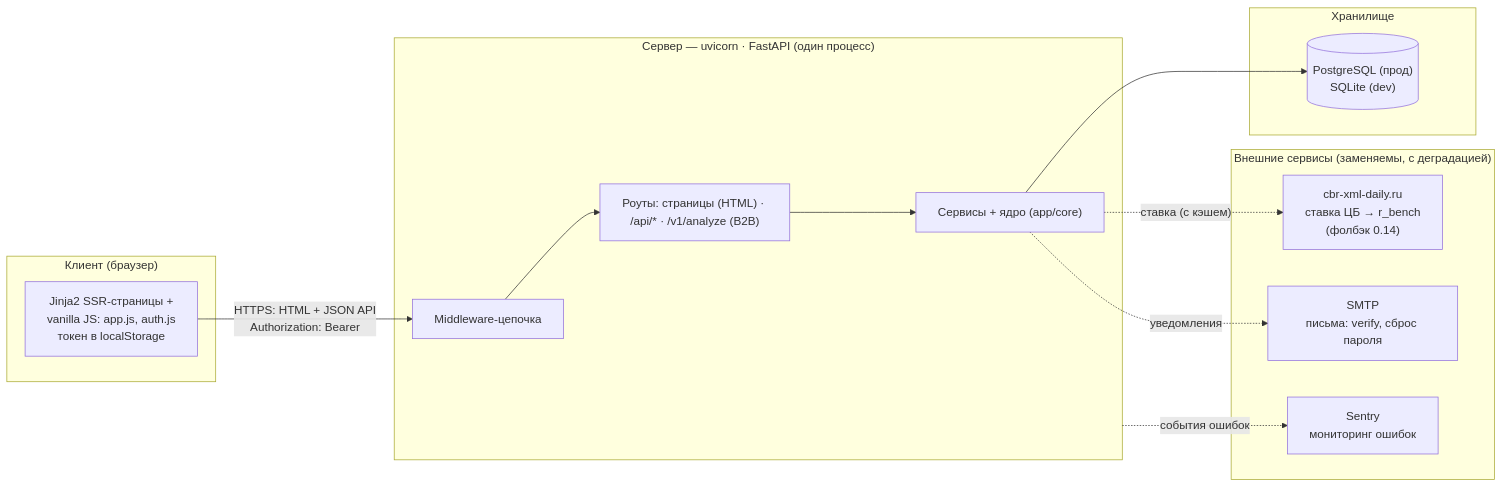
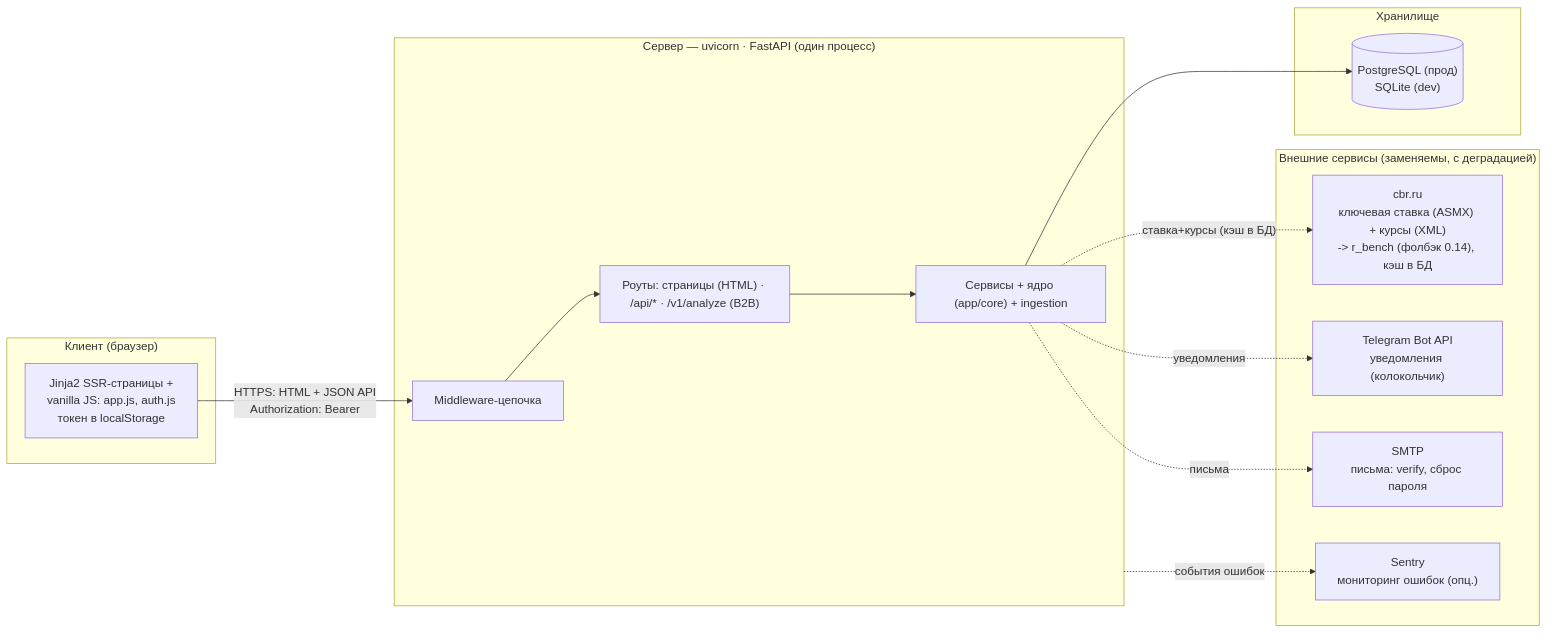
One commit to vevdokimovm/personal-finance-dss changed the fifth of 8 diagrams in docs/diagrams.md. Above: the diagram before and after it, drawn with Mermaid. The commit also changed other lines of this file and 12 other files, not shown here.

````diff
--- a/docs/diagrams.md
+++ b/docs/diagrams.md
@@ -227,29 +379,31 @@
 ```mermaid
 flowchart LR
     subgraph Client["Клиент (браузер)"]
         UI["Jinja2 SSR-страницы +<br/>vanilla JS: app.js, auth.js<br/>токен в localStorage"]
     end
 
     subgraph Server["Сервер — uvicorn · FastAPI (один процесс)"]
         MW["Middleware-цепочка"]
         Routes["Роуты: страницы (HTML) · /api/* · /v1/analyze (B2B)"]
-        Svc["Сервисы + ядро (app/core)"]
+        Svc["Сервисы + ядро (app/core) + ingestion"]
     end
 
     subgraph Data["Хранилище"]
         DB[("PostgreSQL (прод)<br/>SQLite (dev)")]
     end
 
     subgraph Ext["Внешние сервисы (заменяемы, с деградацией)"]
-        CBR["cbr-xml-daily.ru<br/>ставка ЦБ → r_bench<br/>(фолбэк 0.14)"]
+        CBR["cbr.ru<br/>ключевая ставка (ASMX) + курсы (XML)<br/>-> r_bench (фолбэк 0.14), кэш в БД"]
+        TG["Telegram Bot API<br/>уведомления (колокольчик)"]
         SMTP["SMTP<br/>письма: verify, сброс пароля"]
-        Sentry["Sentry<br/>мониторинг ошибок"]
+        Sentry["Sentry<br/>мониторинг ошибок (опц.)"]
     end
 
     UI -->|"HTTPS: HTML + JSON API<br/>Authorization: Bearer"| MW
     MW --> Routes --> Svc
     Svc --> DB
-    Svc -. "ставка (с кэшем)" .-> CBR
-    Svc -. "уведомления" .-> SMTP
+    Svc -. "ставка+курсы (кэш в БД)" .-> CBR
+    Svc -. "уведомления" .-> TG
+    Svc -. "письма" .-> SMTP
     Server -. "события ошибок" .-> Sentry
 ```
````
